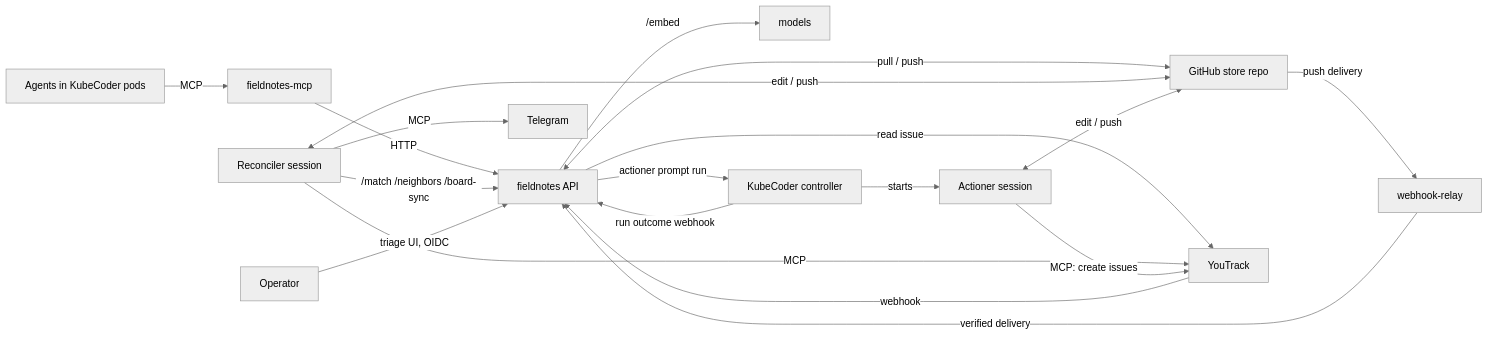
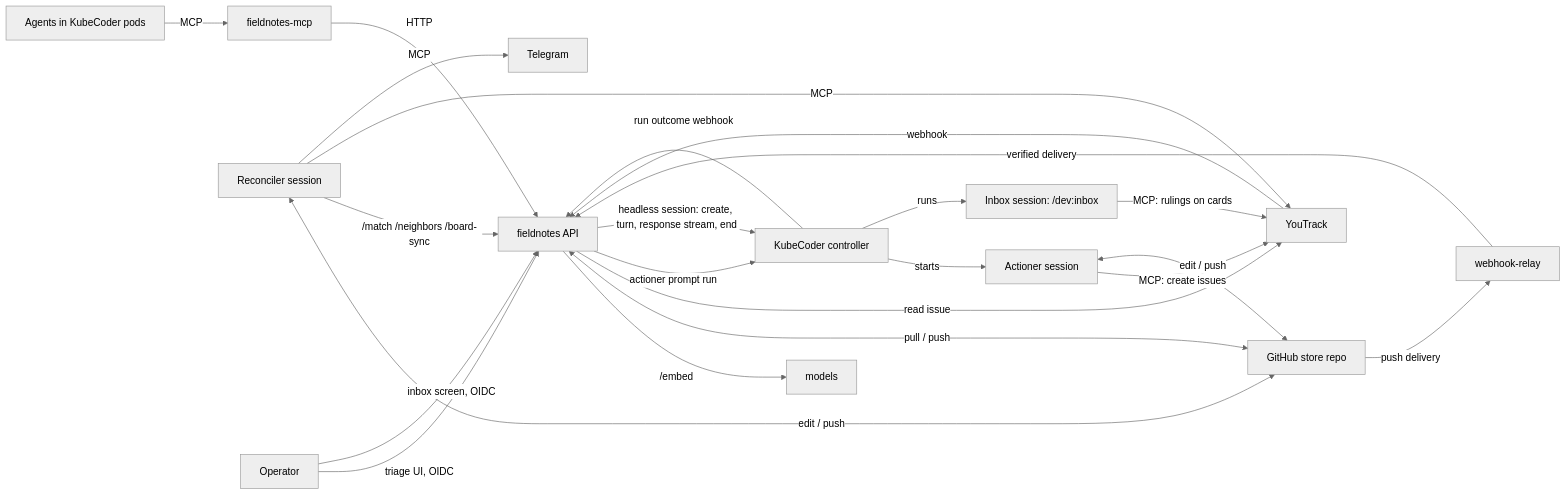
Before and after one commit to pvginkel/FieldnotesApp: the first of 2 diagrams in docs/design.md, drawn with Mermaid (neutral theme). The commit also changed other lines of this file, not shown here.

First line of the commit message:
Design: the inbox sitting as a chat over a headless /dev:inbox session (FN-34)

````diff
--- a/docs/design.md
+++ b/docs/design.md
@@ -290,21 +348,25 @@
 ```mermaid
 flowchart LR
   A[Agents in KubeCoder pods] -->|MCP| M[fieldnotes-mcp]
   M -->|HTTP| R[fieldnotes API]
   R -->|/embed| E[models]
   R <-->|pull / push| G[GitHub store repo]
   G -->|push delivery| W[webhook-relay]
   W -->|verified delivery| R
   Y[YouTrack] -->|webhook| R
   R -->|read issue| Y
   S[Reconciler session] <-->|edit / push| G
   S -->|/match /neighbors /board-sync| R
   S -->|MCP| Y
   S -->|MCP| T[Telegram]
   X[Actioner session] -->|MCP: create issues| Y
   X <-->|edit / push| G
   O[Operator] -->|triage UI, OIDC| R
+  O -->|inbox screen, OIDC| R
   R -->|actioner prompt run| K[KubeCoder controller]
+  R -->|headless session: create, turn, response stream, end| K
   K -->|starts| X
+  K -->|runs| I[Inbox session: /dev:inbox]
+  I -->|MCP: rulings on cards| Y
   K -->|run outcome webhook| R
 ```
````
